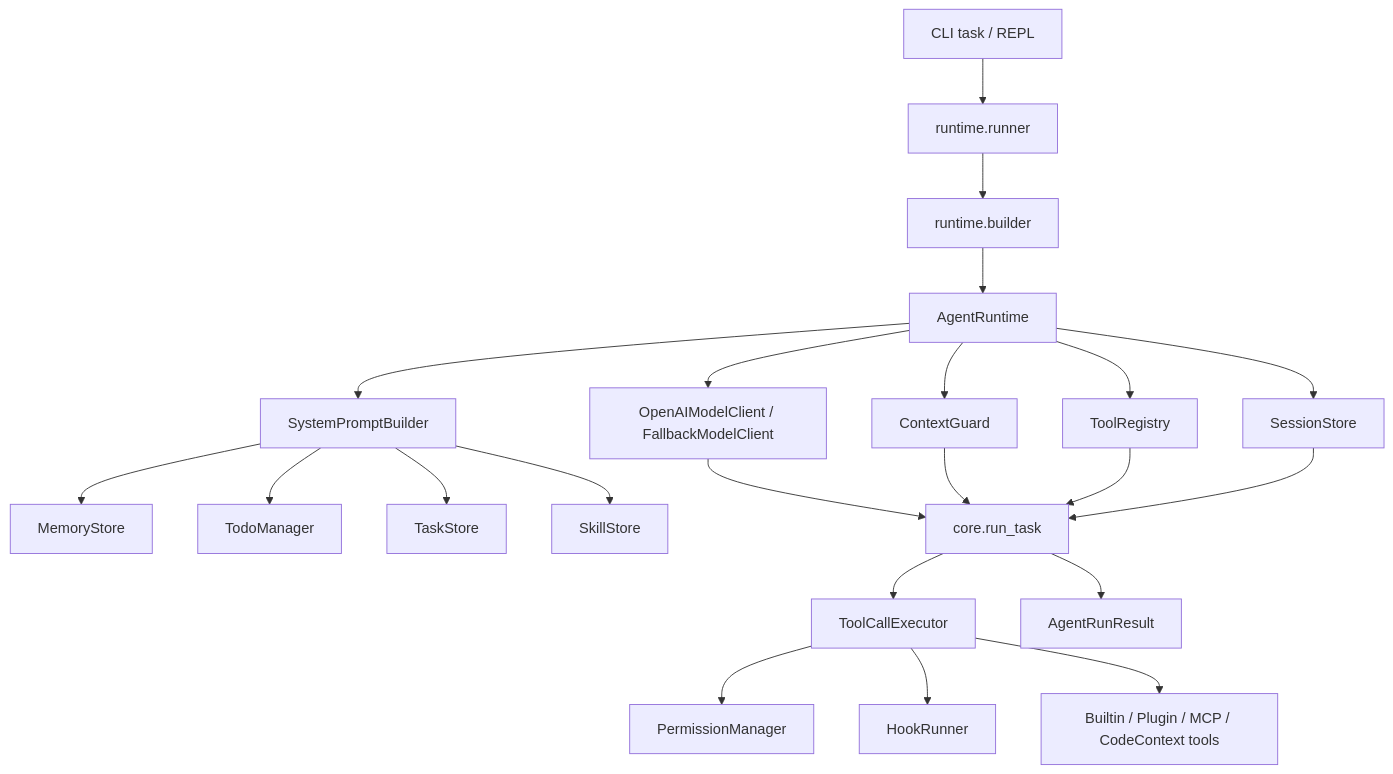
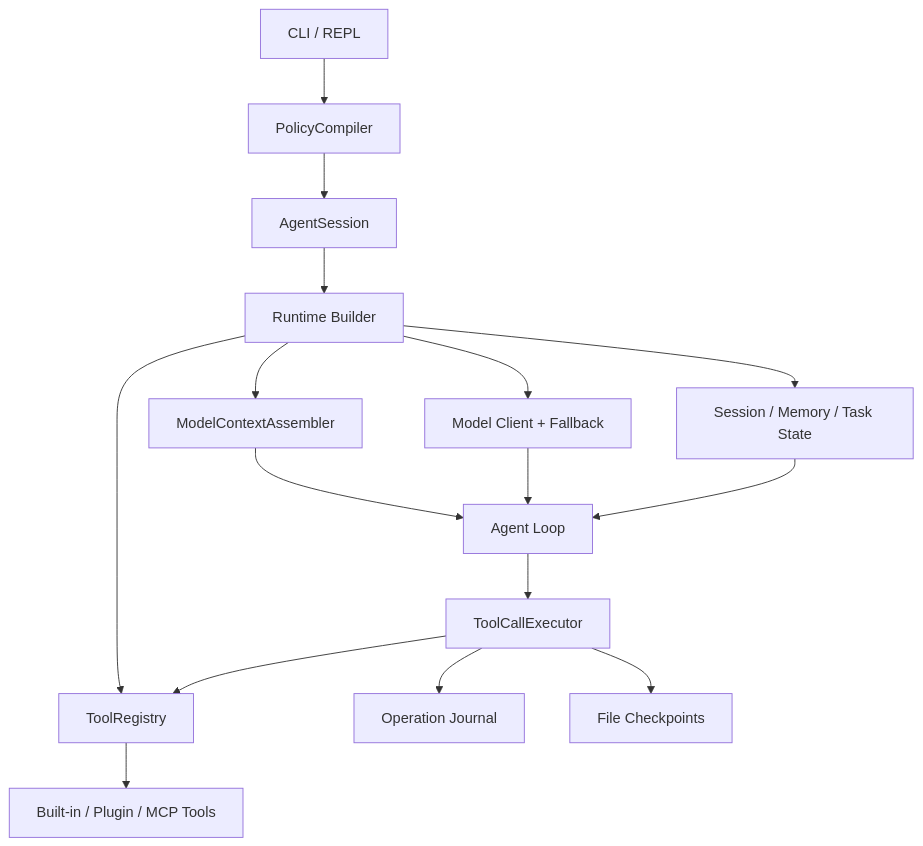
The diagram in README.md (dahuangggg/zx-code), drawn with Mermaid before and after one commit. The commit also changed other lines of this file and 78 other files, not shown here.

First line of the commit message:
feat: add Safe Run execution architecture

````diff
--- a/README.md
+++ b/README.md
@@ -195,28 +222,19 @@
 ```mermaid
 flowchart TD
-    CLI["CLI task / REPL"] --> Runner["runtime.runner"]
-    Runner --> Builder["runtime.builder"]
-    Builder --> Runtime["AgentRuntime"]
+    CLI["CLI / REPL"] --> Policy["PolicyCompiler"]
+    Policy --> Session["AgentSession"]
+    Session --> Builder["Runtime Builder"]
+    Builder --> Context["ModelContextAssembler"]
+    Builder --> Model["Model Client + Fallback"]
+    Builder --> Registry["ToolRegistry"]
+    Builder --> State["Session / Memory / Task State"]
 
-    Runtime --> Prompt["SystemPromptBuilder"]
-    Runtime --> Context["ContextGuard"]
-    Runtime --> Model["OpenAIModelClient / FallbackModelClient"]
-    Runtime --> Registry["ToolRegistry"]
-    Runtime --> Sessions["SessionStore"]
-
-    Prompt --> Memory["MemoryStore"]
-    Prompt --> Todos["TodoManager"]
-    Prompt --> Tasks["TaskStore"]
-    Prompt --> Skills["SkillStore"]
-
-    Model --> Loop["core.run_task"]
-    Context --> Loop
-    Registry --> Loop
-    Sessions --> Loop
-
+    Context --> Loop["Agent Loop"]
+    Model --> Loop
+    State --> Loop
     Loop --> Executor["ToolCallExecutor"]
-    Executor --> Permissions["PermissionManager"]
-    Executor --> Hooks["HookRunner"]
-    Executor --> Tools["Builtin / Plugin / MCP / CodeContext tools"]
-    Loop --> Result["AgentRunResult"]
+    Executor --> Registry
+    Executor --> Journal["Operation Journal"]
+    Executor --> Checkpoints["File Checkpoints"]
+    Registry --> Tools["Built-in / Plugin / MCP Tools"]
 ```
````
